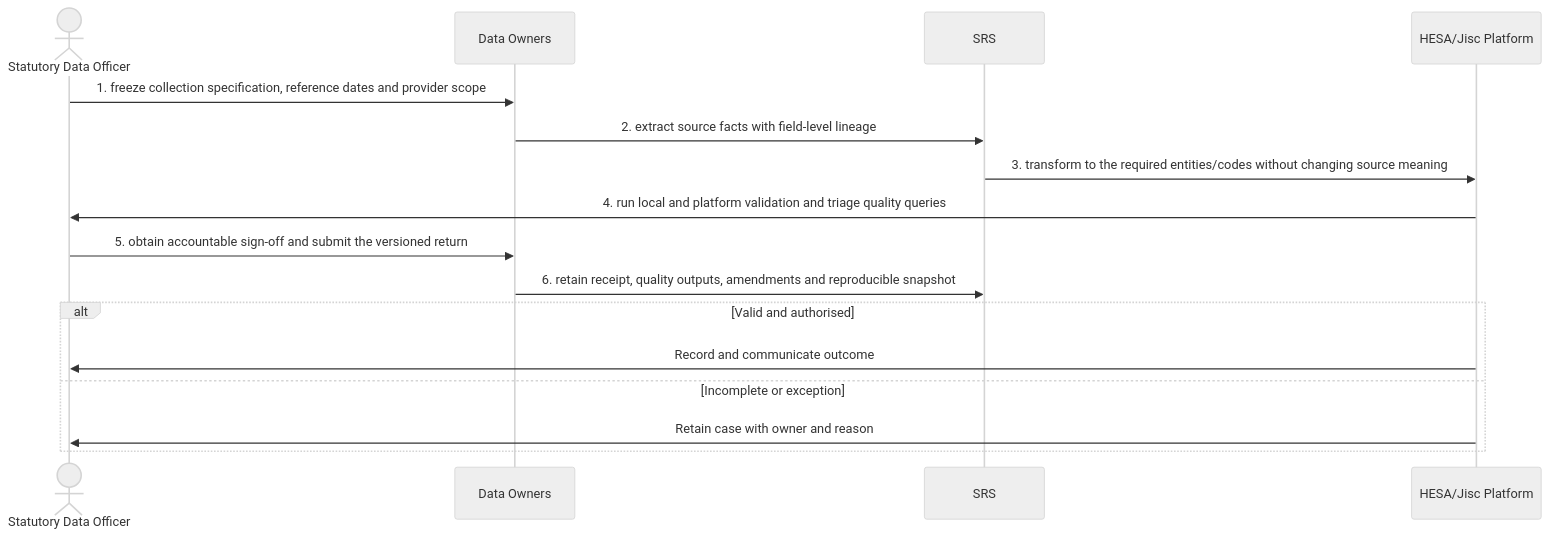
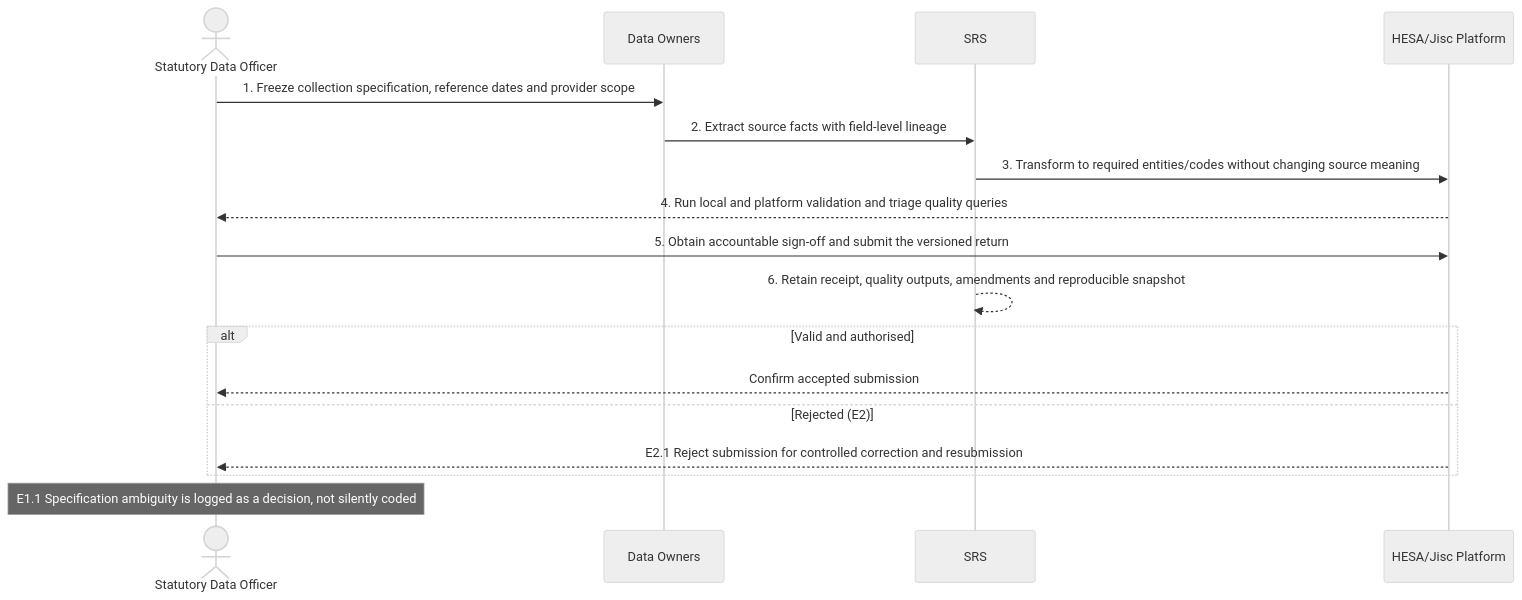
Before and after one commit to RevelationCore/Revelation-SRS: the diagram in docs/business-processes/07-regulatory-and-statutory-reporting/bp-07-001-prepare-and-submit-hesa-student-data.md, drawn with Mermaid (neutral theme). The commit also changed other lines of this file and 96 other files, not shown here.

````diff
--- a/docs/business-processes/07-regulatory-and-statutory-reporting/bp-07-001-prepare-and-submit-hesa-student-data.md
+++ b/docs/business-processes/07-regulatory-and-statutory-reporting/bp-07-001-prepare-and-submit-hesa-student-data.md
@@ -158,18 +158,19 @@
 ```mermaid
 sequenceDiagram
     actor A1 as Statutory Data Officer
     participant A2 as Data Owners
     participant A3 as SRS
     participant A4 as HESA/Jisc Platform
-    A1->>A2: 1. freeze collection specification, reference dates and provider scope
-    A2->>A3: 2. extract source facts with field-level lineage
-    A3->>A4: 3. transform to the required entities/codes without changing source meaning
-    A4->>A1: 4. run local and platform validation and triage quality queries
-    A1->>A2: 5. obtain accountable sign-off and submit the versioned return
-    A2->>A3: 6. retain receipt, quality outputs, amendments and reproducible snapshot
+    A1->>A2: 1. Freeze collection specification, reference dates and provider scope
+    A2->>A3: 2. Extract source facts with field-level lineage
+    A3->>A4: 3. Transform to required entities/codes without changing source meaning
+    A4-->>A1: 4. Run local and platform validation and triage quality queries
+    A1->>A4: 5. Obtain accountable sign-off and submit the versioned return
+    A3-->>A3: 6. Retain receipt, quality outputs, amendments and reproducible snapshot
     alt Valid and authorised
-        A4->>A1: Record and communicate outcome
-    else Incomplete or exception
-        A4->>A1: Retain case with owner and reason
+        A4-->>A1: Confirm accepted submission
+    else Rejected (E2)
+        A4-->>A1: E2.1 Reject submission for controlled correction and resubmission
     end
+    Note over A1: E1.1 Specification ambiguity is logged as a decision, not silently coded
 ```
````
